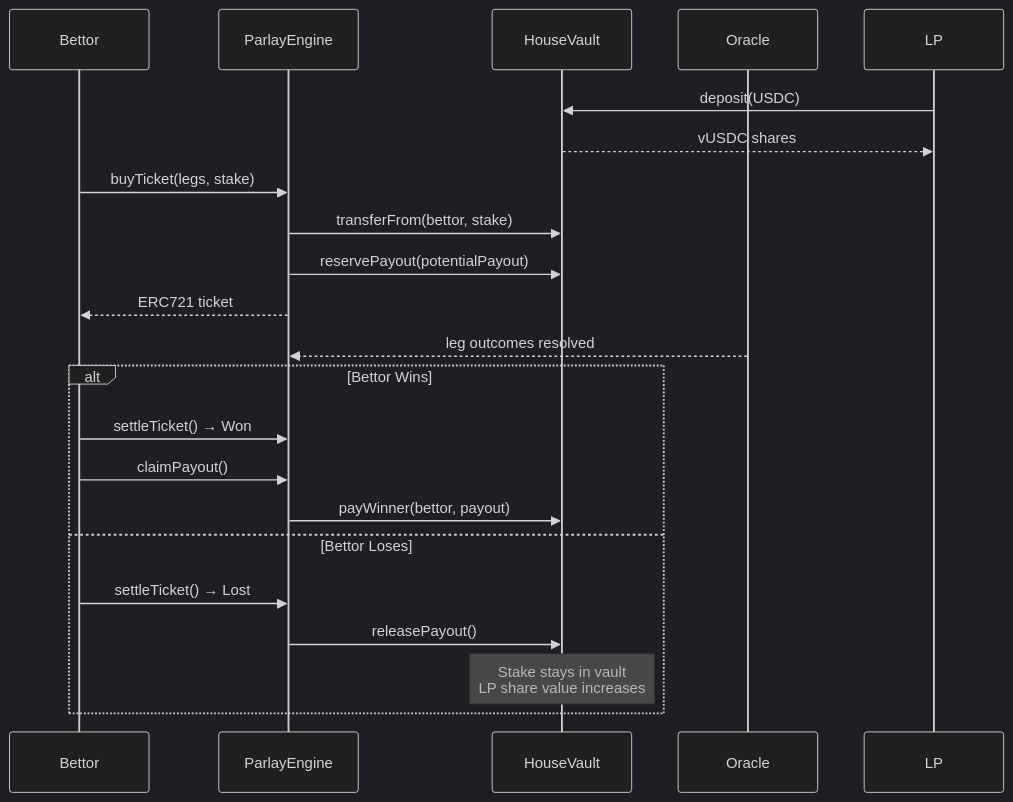
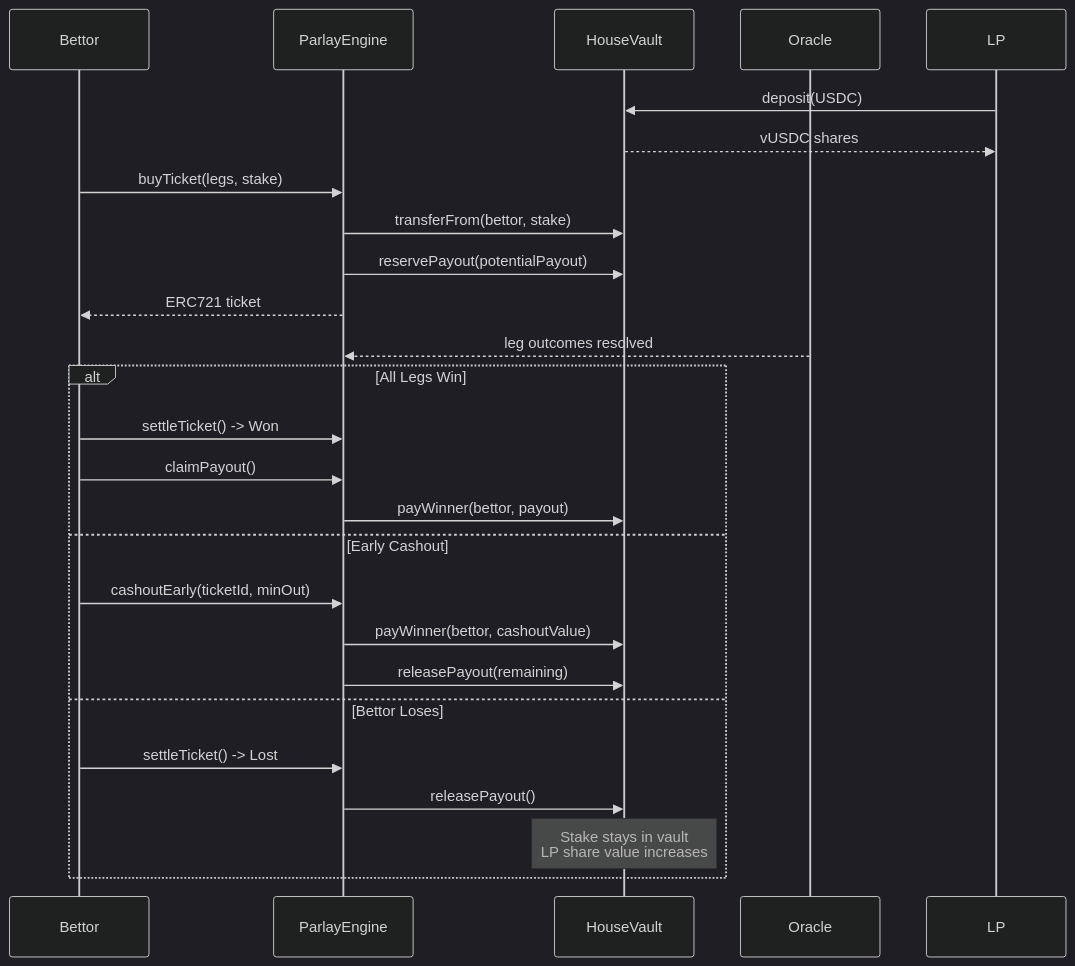
The fourth of 7 diagrams in README.md (roman-popenov/parlaycity), drawn with Mermaid (dark theme) before and after one commit. The commit also changed other lines of this file, not shown here.

````diff
--- a/README.md
+++ b/README.md
@@ -79,28 +139,32 @@
 ```mermaid
 sequenceDiagram
     participant Bettor
     participant Engine as ParlayEngine
     participant Vault as HouseVault
     participant Oracle
     participant LP
 
     LP->>Vault: deposit(USDC)
     Vault-->>LP: vUSDC shares
 
     Bettor->>Engine: buyTicket(legs, stake)
     Engine->>Vault: transferFrom(bettor, stake)
     Engine->>Vault: reservePayout(potentialPayout)
     Engine-->>Bettor: ERC721 ticket
 
     Oracle-->>Engine: leg outcomes resolved
 
-    alt Bettor Wins
-        Bettor->>Engine: settleTicket() → Won
+    alt All Legs Win
+        Bettor->>Engine: settleTicket() -> Won
         Bettor->>Engine: claimPayout()
         Engine->>Vault: payWinner(bettor, payout)
+    else Early Cashout
+        Bettor->>Engine: cashoutEarly(ticketId, minOut)
+        Engine->>Vault: payWinner(bettor, cashoutValue)
+        Engine->>Vault: releasePayout(remaining)
     else Bettor Loses
-        Bettor->>Engine: settleTicket() → Lost
+        Bettor->>Engine: settleTicket() -> Lost
         Engine->>Vault: releasePayout()
         Note over Vault: Stake stays in vault<br/>LP share value increases
     end
 ```
````
